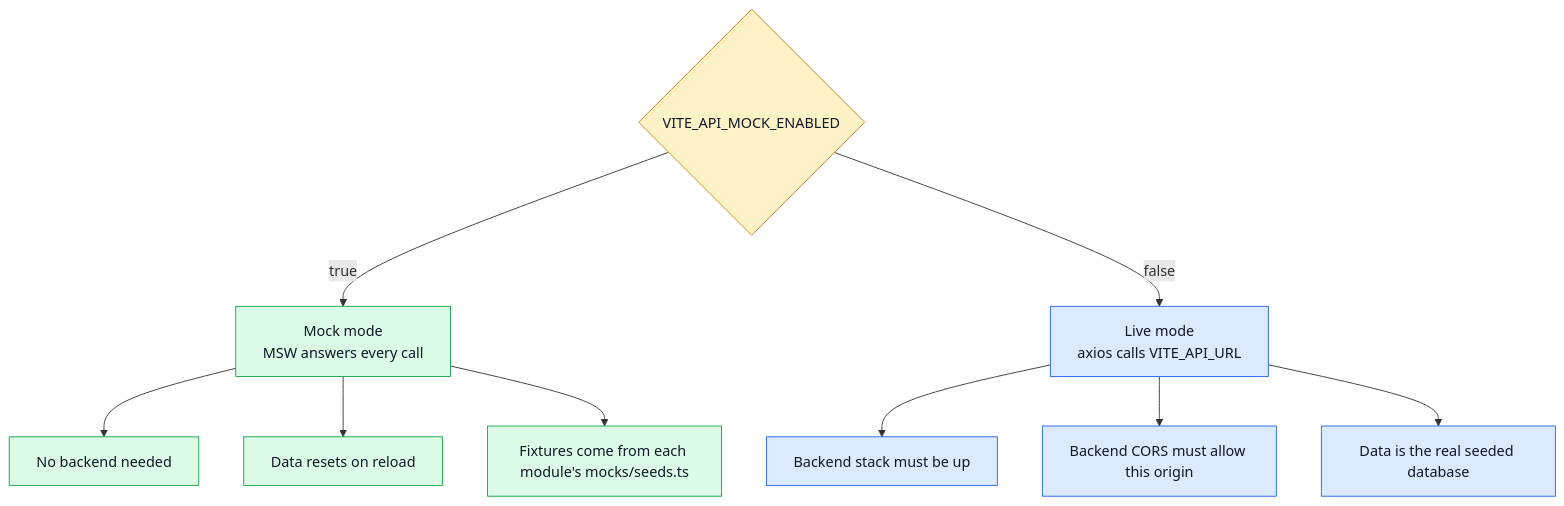
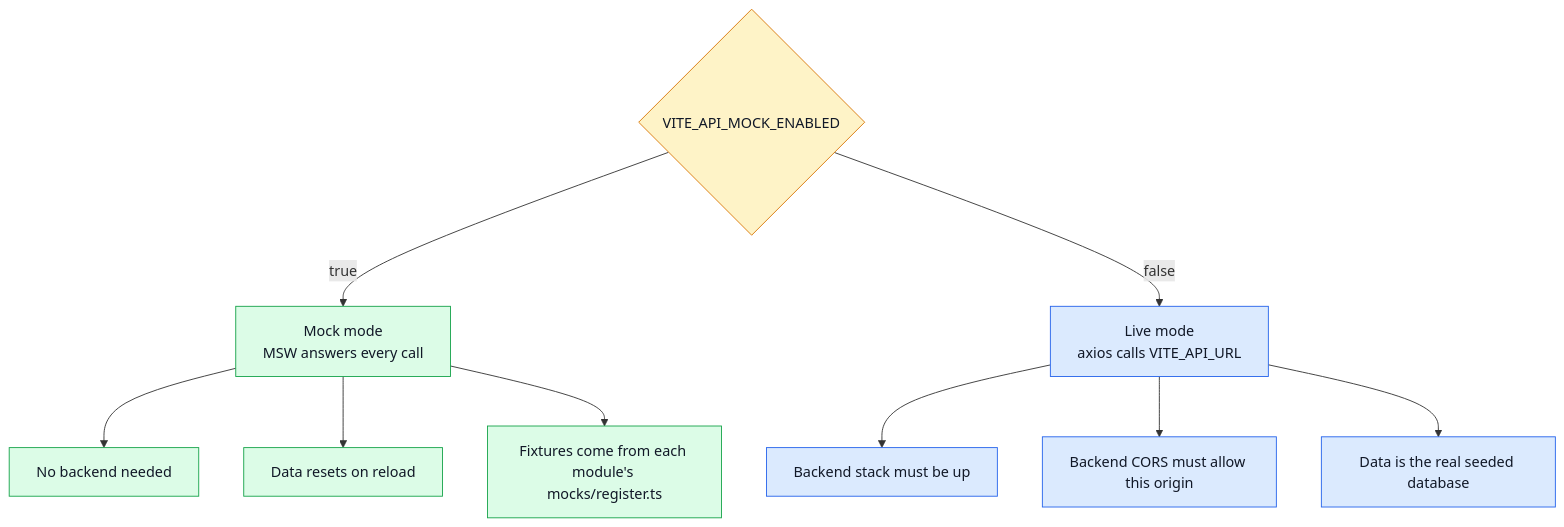
The diagram in docs/getting-started.md (Guebbit/boilerplate-vue-frontend), drawn with Mermaid before and after one commit. The commit also changed 20 other files, not shown here.

````diff
--- a/docs/getting-started.md
+++ b/docs/getting-started.md
@@ -14,22 +14,22 @@
 ```mermaid
 %%{init: {'flowchart': {'nodeSpacing': 50, 'rankSpacing': 55}}}%%
 flowchart TD
     Q{"VITE_API_MOCK_ENABLED"}
     Q -->|true| M["Mock mode<br/>MSW answers every call"]
     Q -->|false| R["Live mode<br/>axios calls VITE_API_URL"]
 
     M --> M1["No backend needed"]
     M --> M2["Data resets on reload"]
-    M --> M3["Fixtures come from each module's mocks/seeds.ts"]
+    M --> M3["Fixtures come from each module's mocks/register.ts"]
 
     R --> R1["Backend stack must be up"]
     R --> R2["Backend CORS must allow this origin"]
     R --> R3["Data is the real seeded database"]
 
     classDef q fill:#fef3c7,stroke:#d97706,color:#111827;
     classDef mock fill:#dcfce7,stroke:#16a34a,color:#111827;
     classDef live fill:#dbeafe,stroke:#2563eb,color:#111827;
     class Q q;
     class M,M1,M2,M3 mock;
     class R,R1,R2,R3 live;
 ```
````
